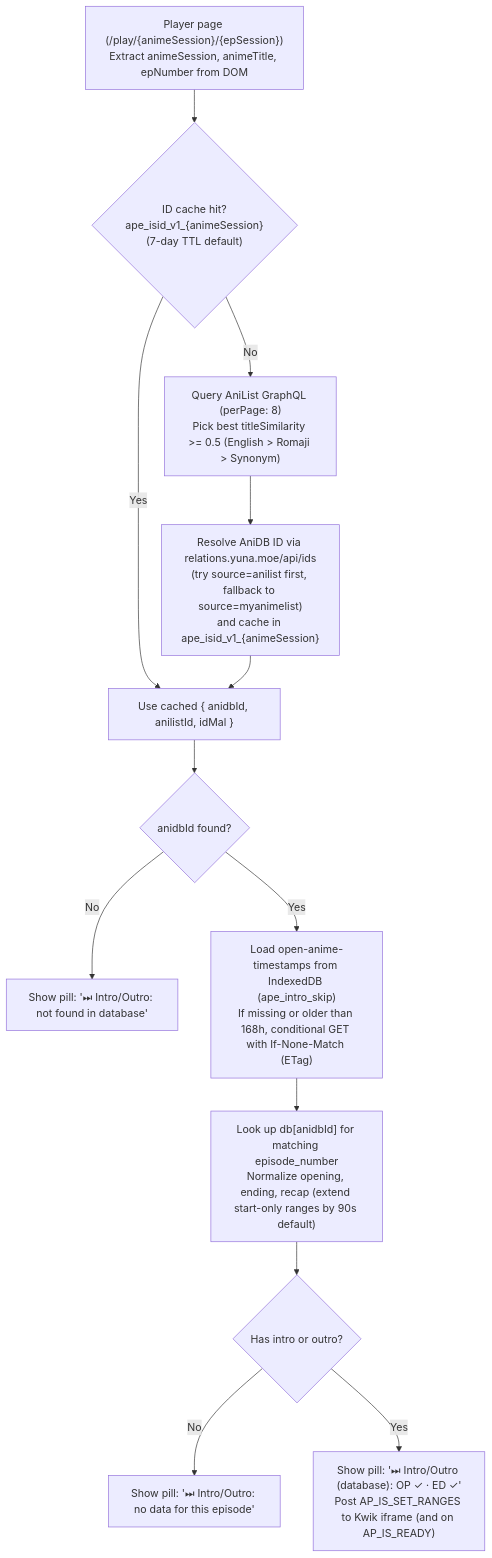
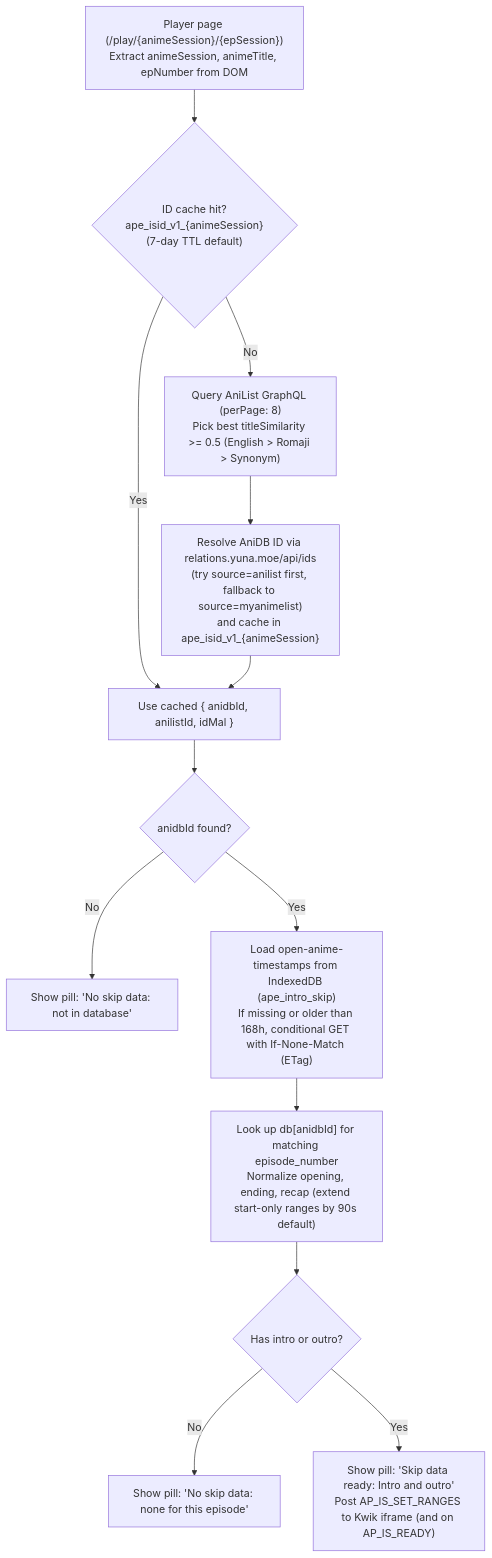
One commit to abdullahkhfb/animepahe-enhancer changed the fourth of 5 diagrams in docs/FEATURES.md. Above: the diagram before and after it, drawn with Mermaid. The commit also changed other lines of this file and 77 other files, not shown here.

````diff
--- a/docs/FEATURES.md
+++ b/docs/FEATURES.md
@@ -249,24 +249,24 @@
 ```mermaid
 flowchart TD
     A["Player page (/play/{animeSession}/{epSession})
 Extract animeSession, animeTitle, epNumber from DOM"] --> B{"ID cache hit?
 ape_isid_v1_{animeSession}
 (7-day TTL default)"}
     B -->|Yes| E["Use cached { anidbId, anilistId, idMal }"]
     B -->|No| C["Query AniList GraphQL (perPage: 8)
 Pick best titleSimilarity >= 0.5 (English > Romaji > Synonym)"]
     C --> D["Resolve AniDB ID via relations.yuna.moe/api/ids
 (try source=anilist first, fallback to source=myanimelist)
 and cache in ape_isid_v1_{animeSession}"]
     D --> E
     E --> F{"anidbId found?"}
-    F -->|No| G["Show pill: '⏭ Intro/Outro: not found in database'"]
+    F -->|No| G["Show pill: 'No skip data: not in database'"]
     F -->|Yes| H["Load open-anime-timestamps from IndexedDB (ape_intro_skip)
 If missing or older than 168h, conditional GET with If-None-Match (ETag)"]
     H --> I["Look up db[anidbId] for matching episode_number
 Normalize opening, ending, recap (extend start-only ranges by 90s default)"]
     I --> J{"Has intro or outro?"}
-    J -->|No| K["Show pill: '⏭ Intro/Outro: no data for this episode'"]
-    J -->|Yes| L["Show pill: '⏭ Intro/Outro (database): OP ✓ · ED ✓'
+    J -->|No| K["Show pill: 'No skip data: none for this episode'"]
+    J -->|Yes| L["Show pill: 'Skip data ready: Intro and outro'
 Post AP_IS_SET_RANGES to Kwik iframe (and on AP_IS_READY)"]
 ```
````
